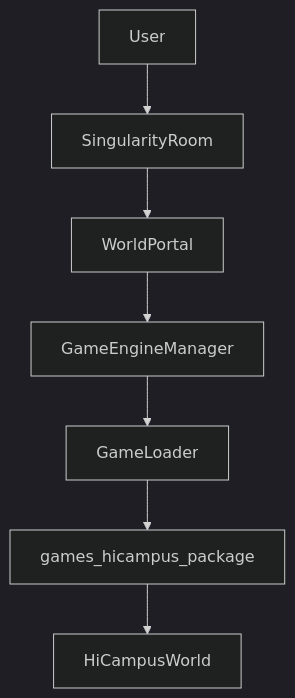
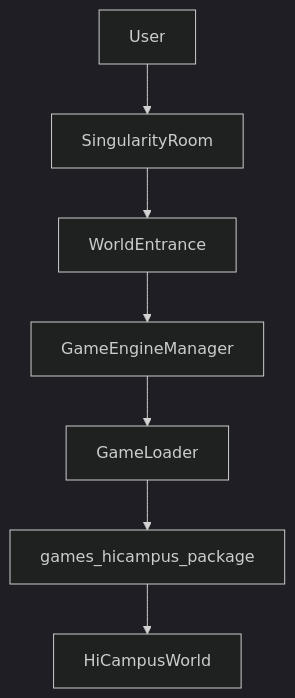
The first of 4 diagrams in docs/games/hicampus/SPEC/SPEC.md (z00162835/campusworld), drawn with Mermaid (dark theme) before and after one commit. The commit also changed other lines of this file and 11 other files, not shown here.

Commit message:
docs: align architecture overview

````diff
--- a/docs/games/hicampus/SPEC/SPEC.md
+++ b/docs/games/hicampus/SPEC/SPEC.md
@@ -46,9 +46,9 @@
 ```mermaid
 flowchart TD
     user[User] --> singularityRoom[SingularityRoom]
-    singularityRoom --> worldPortal[WorldPortal]
-    worldPortal --> gameEngine[GameEngineManager]
+    singularityRoom --> worldEntrance[WorldEntrance]
+    worldEntrance --> gameEngine[GameEngineManager]
     gameEngine --> gameLoader[GameLoader]
     gameLoader --> hiCampusPkg[games_hicampus_package]
     hiCampusPkg --> hiCampusWorld[HiCampusWorld]
 ```
````
